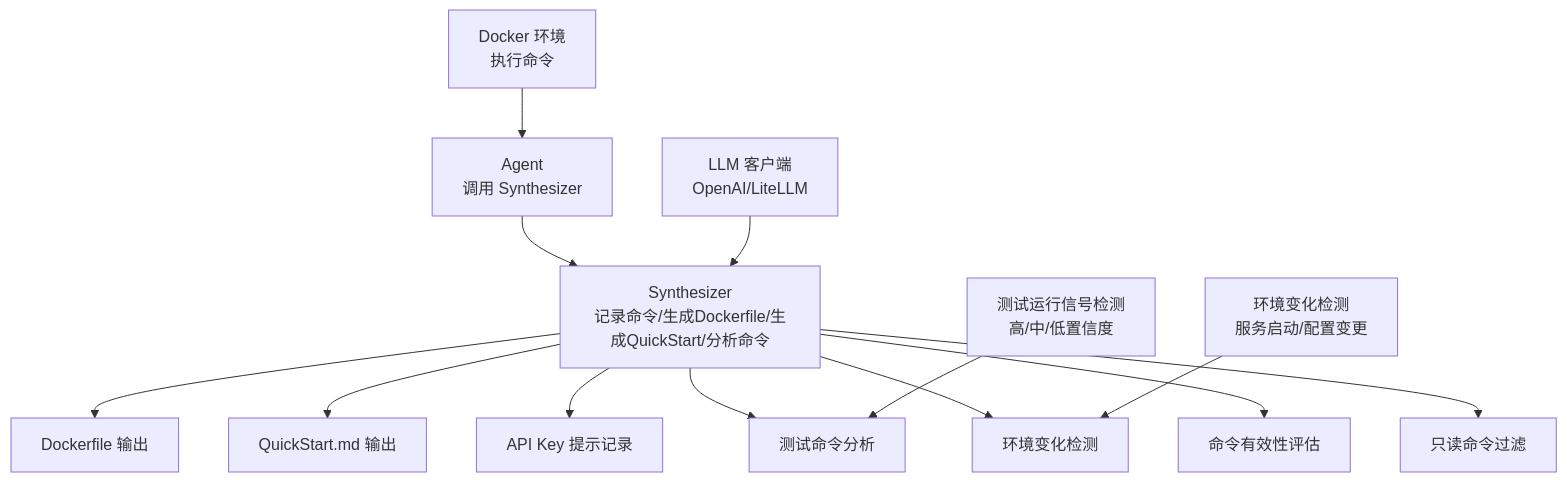
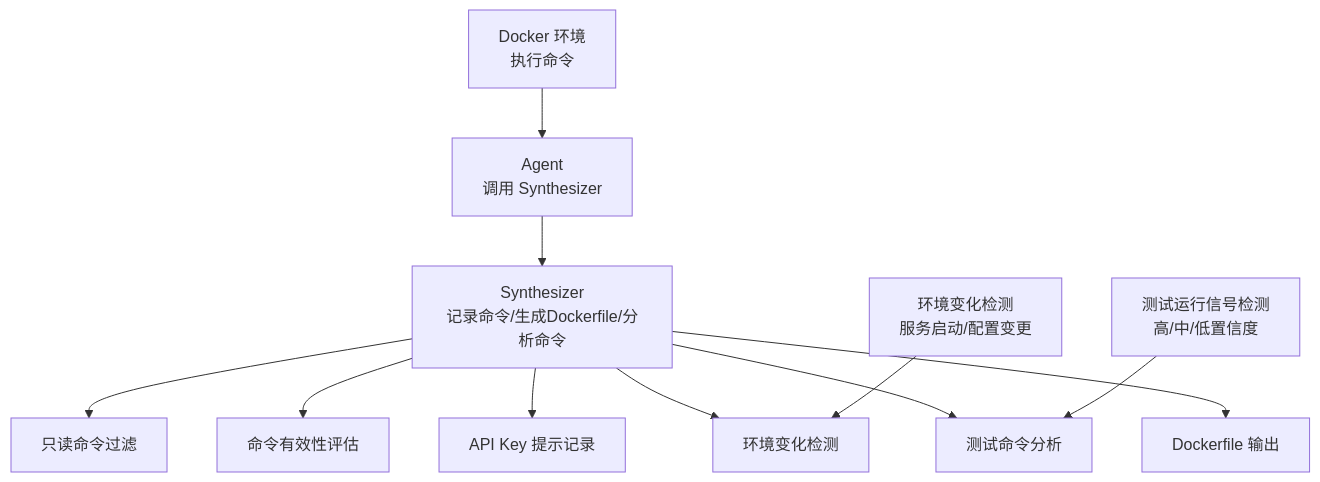
Before and after one commit to Jayint/Jayint-repo: the first of 11 diagrams in .qoder/repowiki/zh/content/核心组件/Synthesizer 模块/Synthesizer 模块.md, drawn with Mermaid. The commit also changed other lines of this file and 398 other files, not shown here.

````diff
--- a/.qoder/repowiki/zh/content/核心组件/Synthesizer 模块/Synthesizer 模块.md
+++ b/.qoder/repowiki/zh/content/核心组件/Synthesizer 模块/Synthesizer 模块.md
@@ -66,15 +48,13 @@
 ```mermaid
 graph TB
-A["Synthesizer<br/>记录命令/生成Dockerfile/生成QuickStart/分析命令"] --> B["Dockerfile 输出"]
-A --> C["QuickStart.md 输出"]
-A --> D["API Key 提示记录"]
-A --> E["测试命令分析"]
-A --> F["环境变化检测"]
-A --> G["命令有效性评估"]
-A --> H["只读命令过滤"]
-I["Agent<br/>调用 Synthesizer"] --> A
-J["Docker 环境<br/>执行命令"] --> I
-K["LLM 客户端<br/>OpenAI/LiteLLM"] --> A
-L["测试运行信号检测<br/>高/中/低置信度"] --> E
-M["环境变化检测<br/>服务启动/配置变更"] --> F
+A["Synthesizer<br/>记录命令/生成Dockerfile/分析命令"] --> B["Dockerfile 输出"]
+A --> C["API Key 提示记录"]
+A --> D["测试命令分析"]
+A --> E["环境变化检测"]
+A --> F["命令有效性评估"]
+A --> G["只读命令过滤"]
+H["Agent<br/>调用 Synthesizer"] --> A
+I["Docker 环境<br/>执行命令"] --> H
+J["测试运行信号检测<br/>高/中/低置信度"] --> D
+K["环境变化检测<br/>服务启动/配置变更"] --> E
 ```
````
